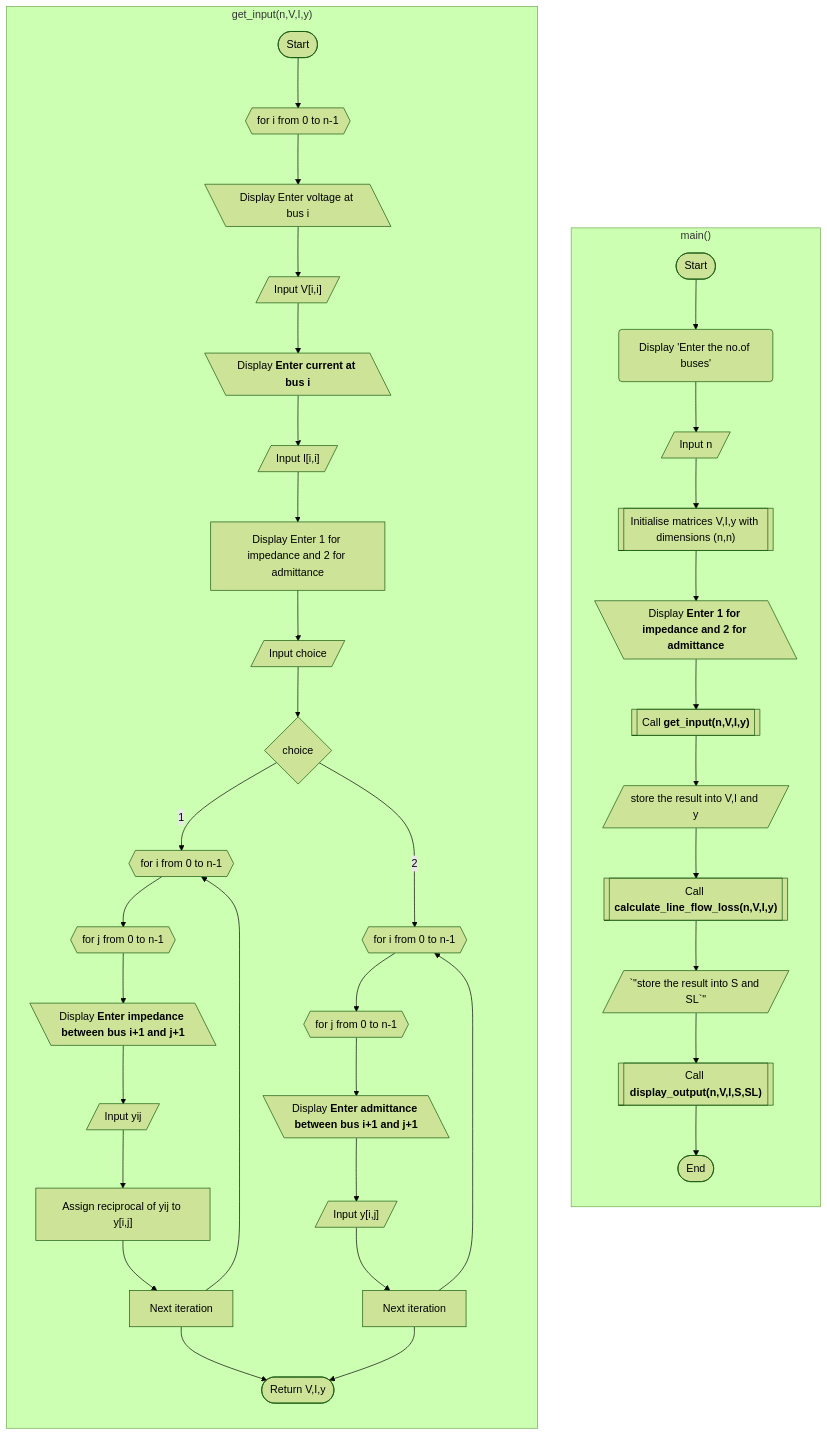
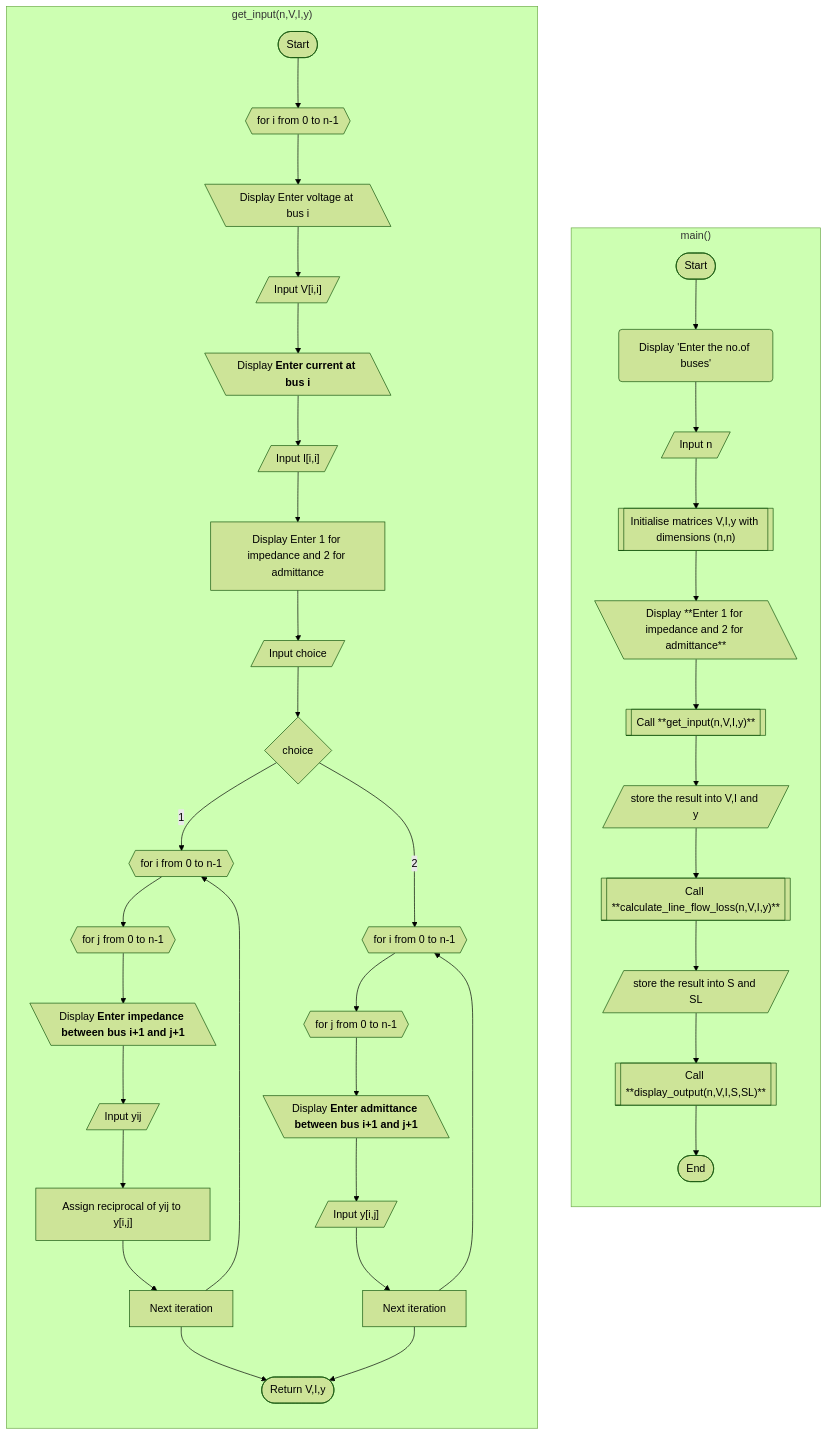
Before and after one commit to Sree2011/flowcharts-load-flow-analysis: the diagram in line-flows-and-losses.md, drawn with Mermaid (forest theme). The commit also changed other lines of this file, not shown here.

```diff
--- a/line-flows-and-losses.md
+++ b/line-flows-and-losses.md
@@ -12,44 +12,44 @@
 <pre class="mermaid">
 graph TB
 subgraph "main()"
     direction TB
     A1([Start]) --> B1(Display 'Enter the no.of buses')
     B1 --> C1[/Input n/]
-    C1 --> D1[["`Initialise matrices V,I,y with dimensions (n,n)`"]]
-    D1 --> E1[\"`Display **Enter 1 for impedance and 2 for admittance**`"\]
-    E1 --> G1[["`Call **get_input(n,V,I,y)**`"]]
-    G1 --> H1[/"`store the result into V,I and y`"/]
-    H1 --> I1[["`Call **calculate_line_flow_loss(n,V,I,y)**`"]]
-    I1 --> J1[/`"store the result into S and SL`"/]
-    J1 --> K1[["`Call **display_output(n,V,I,S,SL)**`"]]
+    C1 --> D1[["Initialise matrices V,I,y with dimensions (n,n)"]]
+    D1 --> E1[\"Display **Enter 1 for impedance and 2 for admittance**"\]
+    E1 --> G1[["Call **get_input(n,V,I,y)**"]]
+    G1 --> H1[/"store the result into V,I and y"/]
+    H1 --> I1[["Call **calculate_line_flow_loss(n,V,I,y)**"]]
+    I1 --> J1[/"store the result into S and SL"/]
+    J1 --> K1[["Call **display_output(n,V,I,S,SL)**"]]
     K1 --> M1([End])
 end
 
 subgraph "get_input(n,V,I,y)"
     direction TB
     A2([Start]) --> B2[for i from 0 to n-1]@{shape: hex}
     B2 --> C2[\"`Display Enter voltage at bus i`"\]
     C2 --> D2[/"`Input V[i,i]`"/]
     D2 --> E2[\"`Display **Enter current at bus i**`"\]
     E2 --> F2[/"Input I[i,i]"/]
     F2 --> G2["` Display Enter 1 for impedance and 2 for admittance`"]
     G2 --> H2[/Input choice/]
     H2 --> I2[choice]@{shape: diam}
     I2 --> |1| I3[for i from 0 to n-1]@{shape: hex}
     I3 --> I4[for j from 0 to n-1]@{shape: hex}
     I4 --> I5["`Display **Enter impedance between bus i+1 and j+1**`"]@{shape: lean-left}
     I5 --> I6[/Input yij/]
     I6 --> I7["`Assign reciprocal of yij to y[i,j]`"]
     I7 --> I8[Next iteration]
     I8 --> I3
     I2 --> |2| I9[for i from 0 to n-1]@{shape: hex}
     I9 --> I10[for j from 0 to n-1]@{shape: hex}
     I10 --> I11[\"`Display **Enter admittance between bus i+1 and j+1**`"\]
     I11 --> I12[/"`Input y[i,j]`"/]
     I12 --> I13[Next iteration]
     I13 --> I9
 
     I8 --> I14["`Return V,I,y`"]@{shape: stadium}
     I13 --> I14
 end
 </pre>
```
